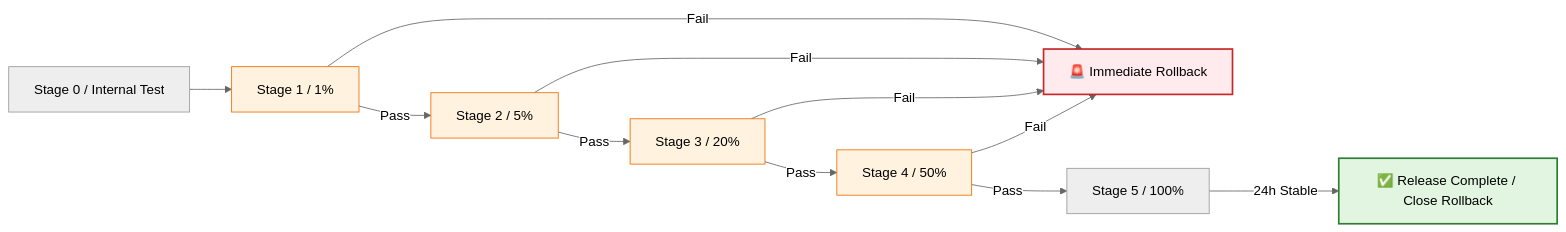
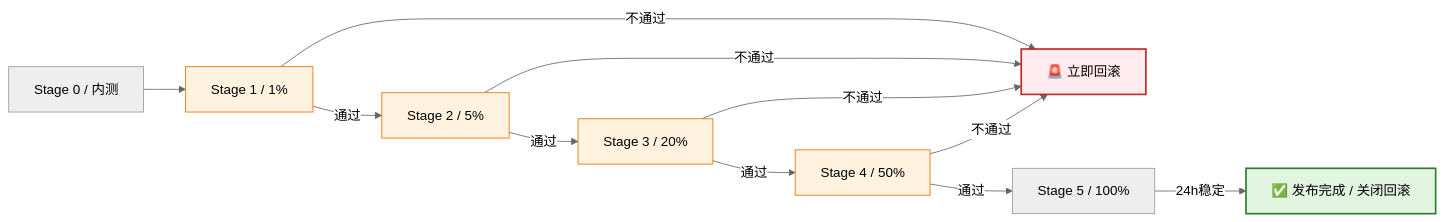
One commit to Kirky-X/cangjie changed the second of 8 diagrams in templates/Product/Delivery/Template-Release-Plan.md. Above: the diagram before and after it, drawn with Mermaid (neutral theme). The commit also changed other lines of this file and 33 other files, not shown here.

````diff
--- a/templates/Product/Delivery/Template-Release-Plan.md
+++ b/templates/Product/Delivery/Template-Release-Plan.md
@@ -237,20 +237,20 @@
 ```mermaid
 flowchart LR
-    S0[Stage 0 / Internal Test] --> S1[Stage 1 / 1%]
-    S1 -->|Pass| S2[Stage 2 / 5%]
-    S1 -->|Fail| R[🚨 Immediate Rollback]
-    S2 -->|Pass| S3[Stage 3 / 20%]
-    S2 -->|Fail| R
-    S3 -->|Pass| S4[Stage 4 / 50%]
-    S3 -->|Fail| R
-    S4 -->|Pass| S5[Stage 5 / 100%]
-    S4 -->|Fail| R
-    S5 -->|24h Stable| E[✅ Release Complete / Close Rollback]
+    S0[Stage 0 / 内测] --> S1[Stage 1 / 1%]
+    S1 -->|通过| S2[Stage 2 / 5%]
+    S1 -->|不通过| R[🚨 立即回滚]
+    S2 -->|通过| S3[Stage 3 / 20%]
+    S2 -->|不通过| R
+    S3 -->|通过| S4[Stage 4 / 50%]
+    S3 -->|不通过| R
+    S4 -->|通过| S5[Stage 5 / 100%]
+    S4 -->|不通过| R
+    S5 -->|24h稳定| E[✅ 发布完成 / 关闭回滚]
 
     style R fill:#ffebee,stroke:#c62828,stroke-width:2px
     style E fill:#e1f5e1,stroke:#2e7d32,stroke-width:2px
     style S1 fill:#fff3e0,stroke:#ef6c00
     style S2 fill:#fff3e0,stroke:#ef6c00
     style S3 fill:#fff3e0,stroke:#ef6c00
     style S4 fill:#fff3e0,stroke:#ef6c00
 ```
````
